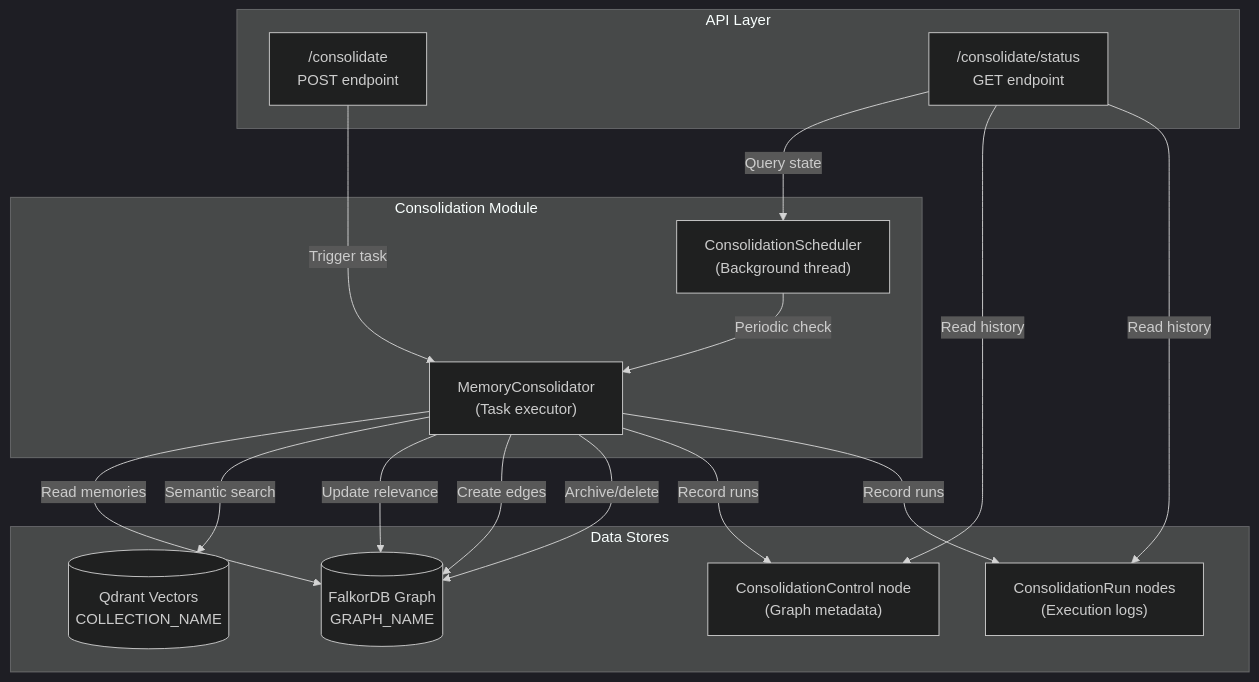
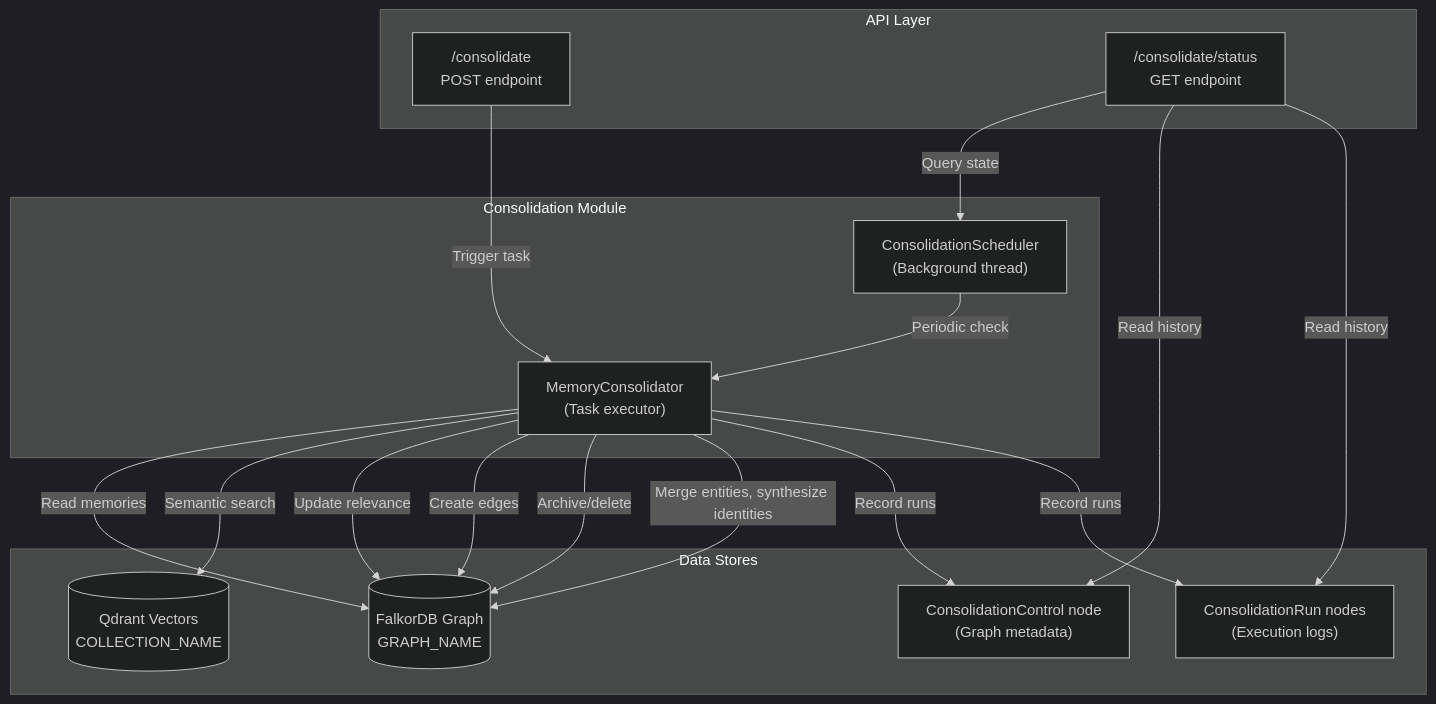
Before and after one commit to verygoodplugins/automem-website: the first of 2 diagrams in src/content/docs/docs/reference/api/consolidation.md, drawn with Mermaid (dark theme). The commit also changed other lines of this file and 2 other files, not shown here.

````diff
--- a/src/content/docs/docs/reference/api/consolidation.md
+++ b/src/content/docs/docs/reference/api/consolidation.md
@@ -39,33 +39,34 @@
 ```mermaid
 graph TB
     subgraph "API Layer"
         PostConsolidate["/consolidate<br/>POST endpoint"]
         GetStatus["/consolidate/status<br/>GET endpoint"]
     end
 
     subgraph "Consolidation Module"
         Scheduler["ConsolidationScheduler<br/>(Background thread)"]
         Consolidator["MemoryConsolidator<br/>(Task executor)"]
     end
 
     subgraph "Data Stores"
         FalkorGraph[("FalkorDB Graph<br/>GRAPH_NAME")]
         QdrantVectors[("Qdrant Vectors<br/>COLLECTION_NAME")]
         ControlNode["ConsolidationControl node<br/>(Graph metadata)"]
         RunHistory["ConsolidationRun nodes<br/>(Execution logs)"]
     end
 
     PostConsolidate -->|"Trigger task"| Consolidator
     GetStatus -->|"Query state"| Scheduler
     GetStatus -->|"Read history"| ControlNode
     GetStatus -->|"Read history"| RunHistory
 
     Scheduler -->|"Periodic check"| Consolidator
     Consolidator -->|"Read memories"| FalkorGraph
     Consolidator -->|"Semantic search"| QdrantVectors
     Consolidator -->|"Update relevance"| FalkorGraph
     Consolidator -->|"Create edges"| FalkorGraph
     Consolidator -->|"Archive/delete"| FalkorGraph
+    Consolidator -->|"Merge entities, synthesize identities"| FalkorGraph
     Consolidator -->|"Record runs"| ControlNode
     Consolidator -->|"Record runs"| RunHistory
 ```
````
